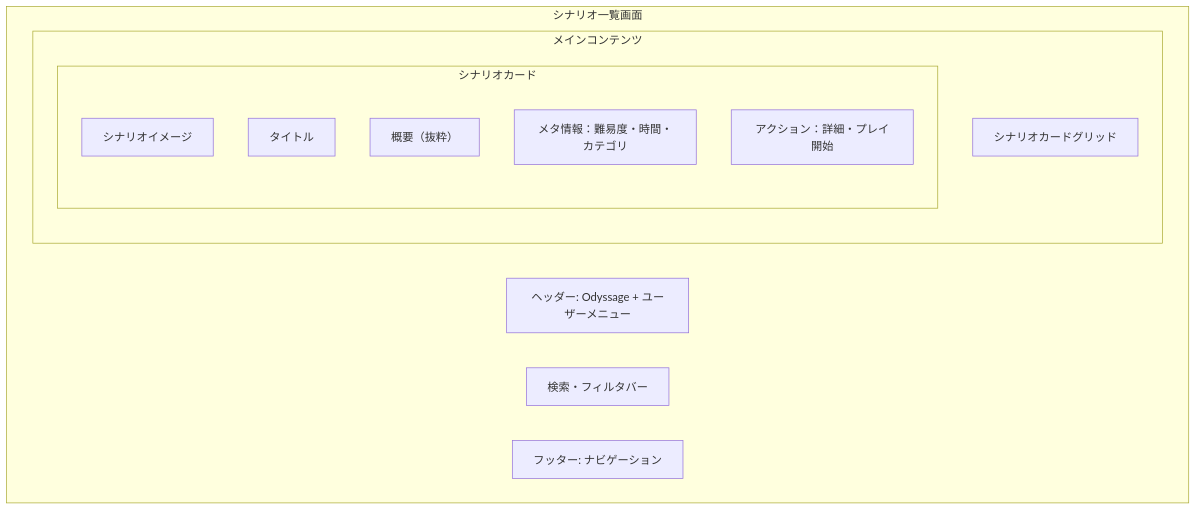
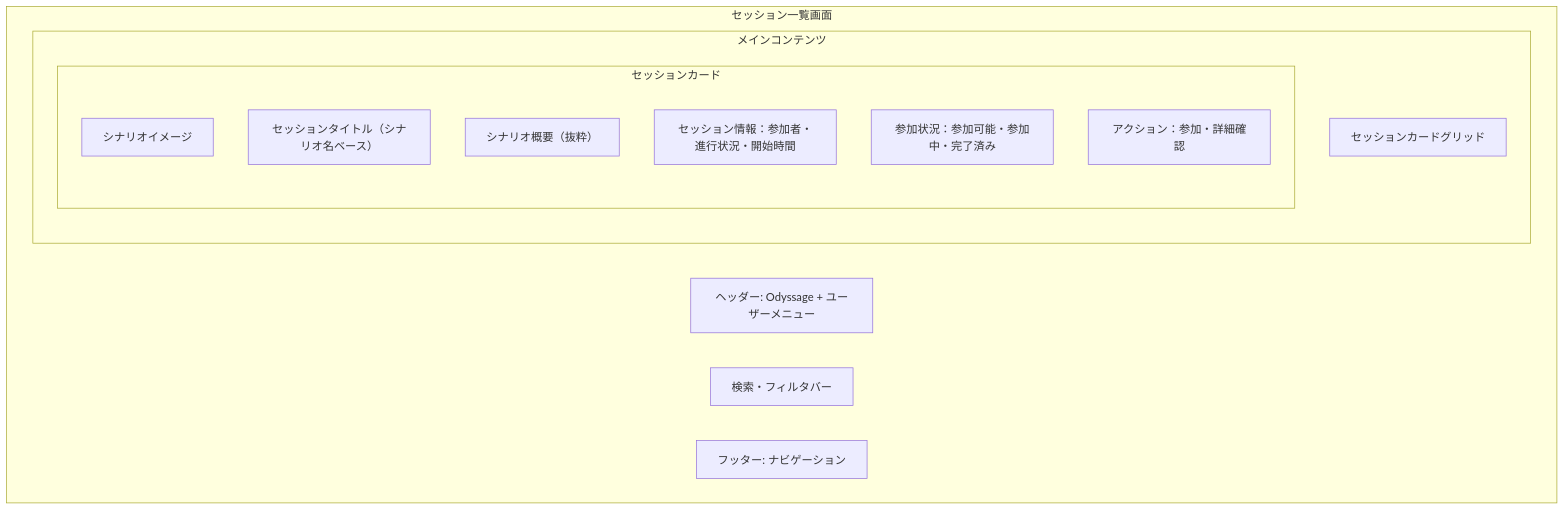
One commit to hibohiboo/odyssage changed the first of 5 diagrams in docs/03-development/sprints/sprint_004/player-ui-ux-design.md. Above: the diagram before and after it, drawn with Mermaid. The commit also changed other lines of this file and 1 other file, not shown here.

Commit message:
add mock-data design #120

````diff
--- a/docs/03-development/sprints/sprint_004/player-ui-ux-design.md
+++ b/docs/03-development/sprints/sprint_004/player-ui-ux-design.md
@@ -57,21 +57,22 @@
 ```mermaid
 graph TB
-    subgraph "シナリオ一覧画面"
+    subgraph "セッション一覧画面"
         Header[ヘッダー: Odyssage + ユーザーメニュー]
         SearchFilter[検索・フィルタバー]
         
         subgraph "メインコンテンツ"
-            ScenarioGrid[シナリオカードグリッド]
+            SessionGrid[セッションカードグリッド]
             
-            subgraph "シナリオカード"
+            subgraph "セッションカード"
                 CardImage[シナリオイメージ]
-                CardTitle[タイトル]
-                CardOverview[概要（抜粋）]
-                CardMeta[メタ情報：難易度・時間・カテゴリ]
-                CardActions[アクション：詳細・プレイ開始]
+                CardTitle[セッションタイトル（シナリオ名ベース）]
+                CardScenarioInfo[シナリオ概要（抜粋）]
+                CardSessionMeta[セッション情報：参加者・進行状況・開始時間]
+                CardParticipationStatus[参加状況：参加可能・参加中・完了済み]
+                CardActions[アクション：参加・詳細確認]
             end
         end
         
         Footer[フッター: ナビゲーション]
     end
 ```
````
